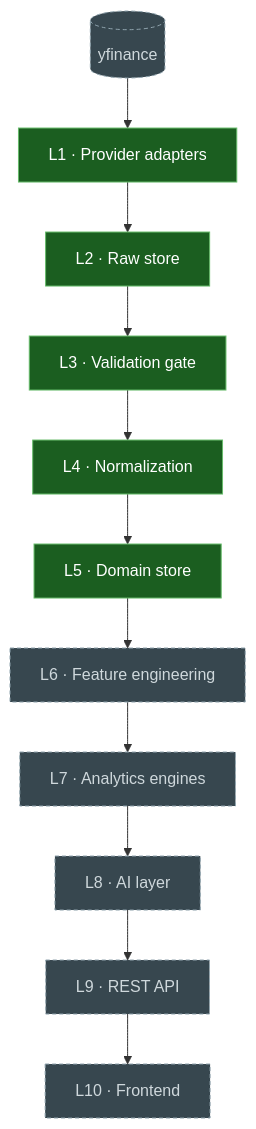
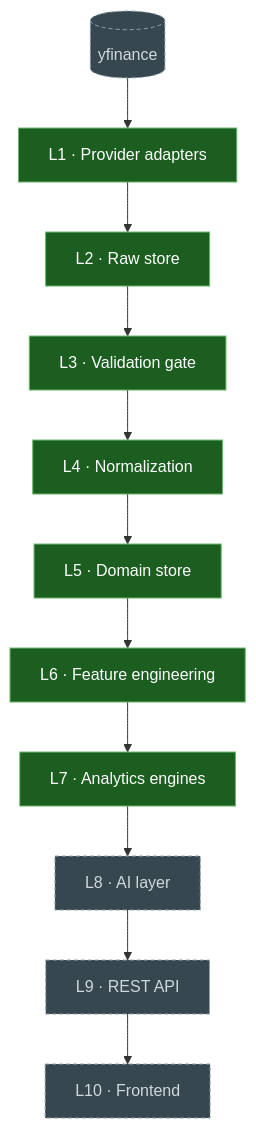
Before and after one commit to eshan2018/Artha-Terminal: the diagram in docs/implementation/03-walking-skeleton-status.md, drawn with Mermaid. The commit also changed other lines of this file and 21 other files, not shown here.

````diff
--- a/docs/implementation/03-walking-skeleton-status.md
+++ b/docs/implementation/03-walking-skeleton-status.md
@@ -15,27 +15,27 @@
 ```mermaid
 flowchart TD
     classDef built fill:#1b5e20,stroke:#66bb6a,color:#ffffff;
     classDef pending fill:#37474f,stroke:#90a4ae,color:#cfd8dc,stroke-dasharray:4 3;
 
     V[(yfinance)]:::pending
     L1["L1 · Provider adapters"]:::built
     V --> L1
     L2["L2 · Raw store"]:::built
     L1 --> L2
     L3["L3 · Validation gate"]:::built
     L2 --> L3
     L4["L4 · Normalization"]:::built
     L3 --> L4
     L5["L5 · Domain store"]:::built
     L4 --> L5
-    L6["L6 · Feature engineering"]:::pending
+    L6["L6 · Feature engineering"]:::built
     L5 --> L6
-    L7["L7 · Analytics engines"]:::pending
+    L7["L7 · Analytics engines"]:::built
     L6 --> L7
     L8["L8 · AI layer"]:::pending
     L7 --> L8
     L9["L9 · REST API"]:::pending
     L8 --> L9
     L10["L10 · Frontend"]:::pending
     L9 --> L10
 ```
````
